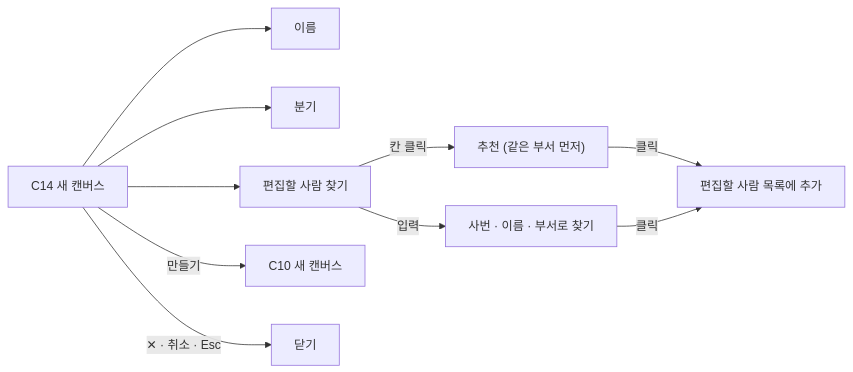
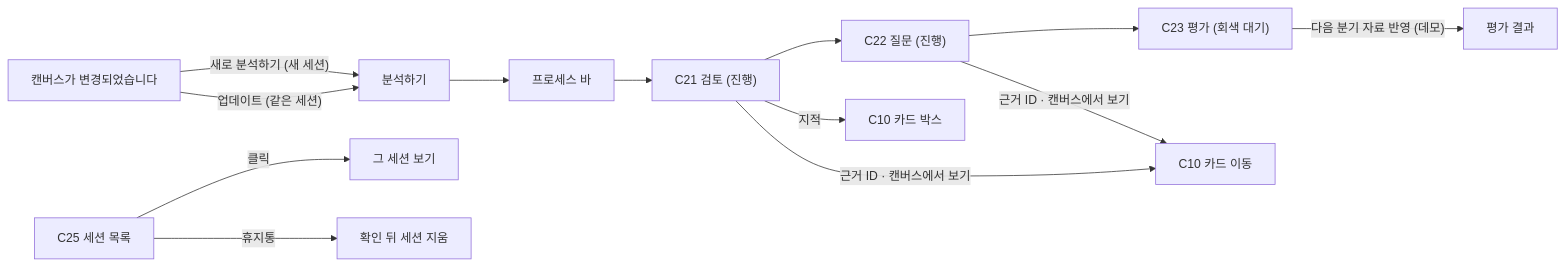
One commit to vamos-team/telescope changed the sixth of 7 diagrams in docs/frontend/ia.md. Above: the diagram before and after it, drawn with Mermaid. The commit also changed other lines of this file and 8 other files, not shown here.

````diff
--- a/docs/frontend/ia.md
+++ b/docs/frontend/ia.md
@@ -448,11 +373,12 @@
 ```mermaid
 flowchart LR
-  N["C14 새 캔버스"] --> F1["이름"]
-  N --> F2["분기"]
-  N --> F3["편집할 사람 찾기"]
-  F3 -->|"칸 클릭"| S1["추천 (같은 부서 먼저)"]
-  F3 -->|"입력"| S2["사번 · 이름 · 부서로 찾기"]
-  S1 & S2 -->|클릭| P["편집할 사람 목록에 추가"]
-  N -->|만들기| C10["C10 새 캔버스"]
-  N -->|"✕ · 취소 · Esc"| X["닫기"]
+  A["분석하기"] --> P["프로세스 바"]
+  P --> R["C21 검토 (진행)"] --> Q["C22 질문 (진행)"] --> E["C23 평가 (회색 대기)"]
+  E -->|"다음 분기 자료 반영 (데모)"| E2["평가 결과"]
+  R -->|"지적"| CV["C10 카드 박스"]
+  R & Q -->|"근거 ID · 캔버스에서 보기"| CV2["C10 카드 이동"]
+  L["C25 세션 목록"] -->|클릭| S["그 세션 보기"]
+  B["캔버스가 변경되었습니다"] -->|"새로 분석하기 (새 세션)"| A
+  B -->|"업데이트 (같은 세션)"| A
+  L -->|"휴지통"| X["확인 뒤 세션 지움"]
 ```
````
